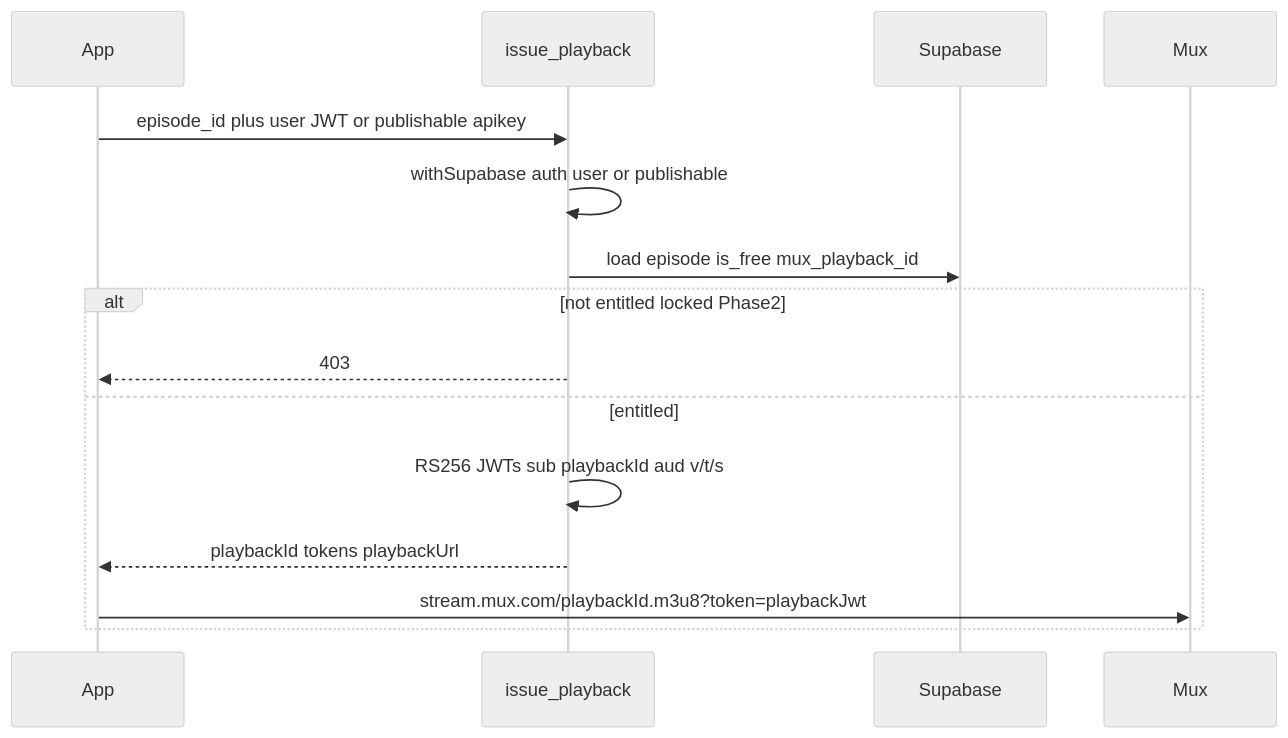
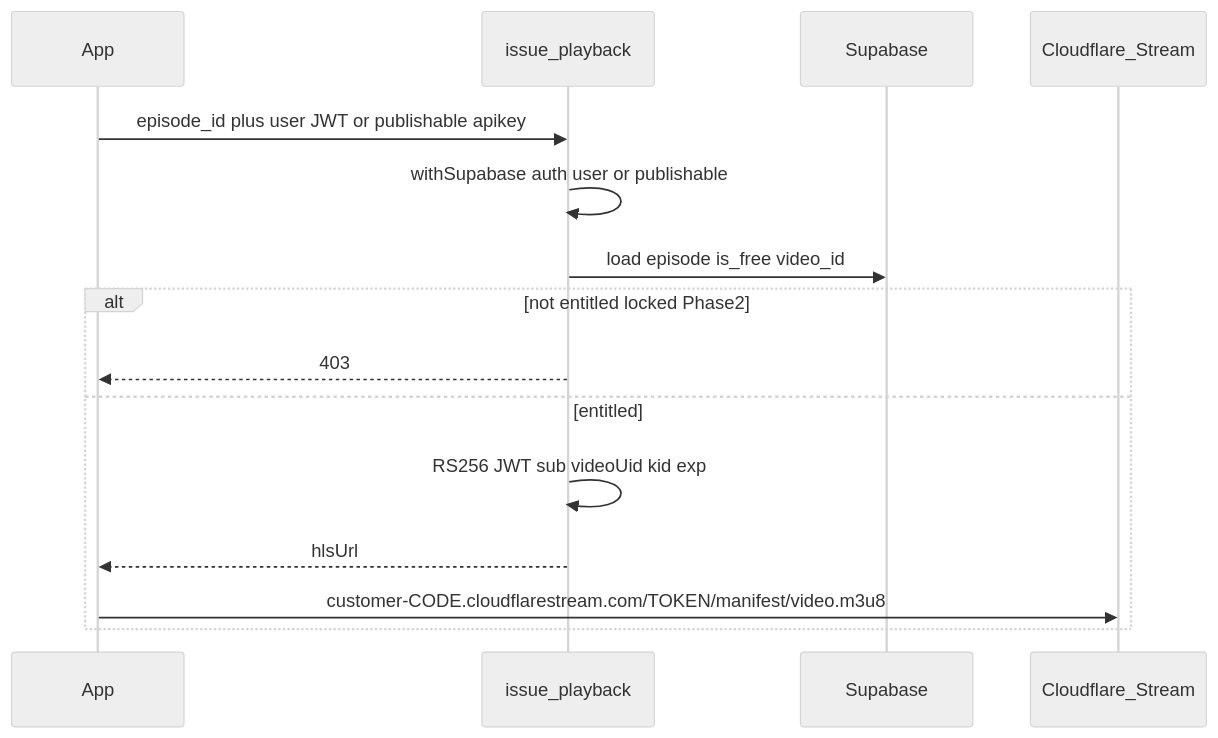
Before and after one commit to Jaikarans2003/TuneTalezApp: the diagram in docs/PHASE2_PLAN.md, drawn with Mermaid (neutral theme). The commit also changed other lines of this file and 19 other files, not shown here.

First line of the commit message:
feat: replace Mux with Cloudflare Stream signed HLS

````diff
--- a/docs/PHASE2_PLAN.md
+++ b/docs/PHASE2_PLAN.md
@@ -85,18 +85,18 @@
 ```mermaid
 sequenceDiagram
   participant App
   participant Edge as issue_playback
   participant DB as Supabase
-  participant Mux
+  participant Stream as Cloudflare_Stream
 
   App->>Edge: episode_id plus user JWT or publishable apikey
   Edge->>Edge: withSupabase auth user or publishable
-  Edge->>DB: load episode is_free mux_playback_id
+  Edge->>DB: load episode is_free video_id
   alt not entitled locked Phase2
     Edge-->>App: 403
   else entitled
-    Edge->>Edge: RS256 JWTs sub playbackId aud v/t/s
-    Edge-->>App: playbackId tokens playbackUrl
-    App->>Mux: stream.mux.com/playbackId.m3u8?token=playbackJwt
+    Edge->>Edge: RS256 JWT sub videoUid kid exp
+    Edge-->>App: hlsUrl
+    App->>Stream: customer-CODE.cloudflarestream.com/TOKEN/manifest/video.m3u8
   end
 ```
````
